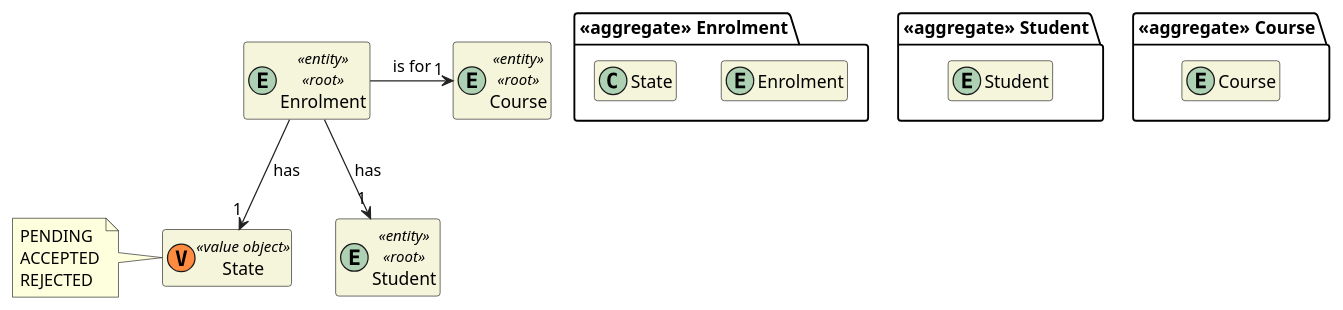
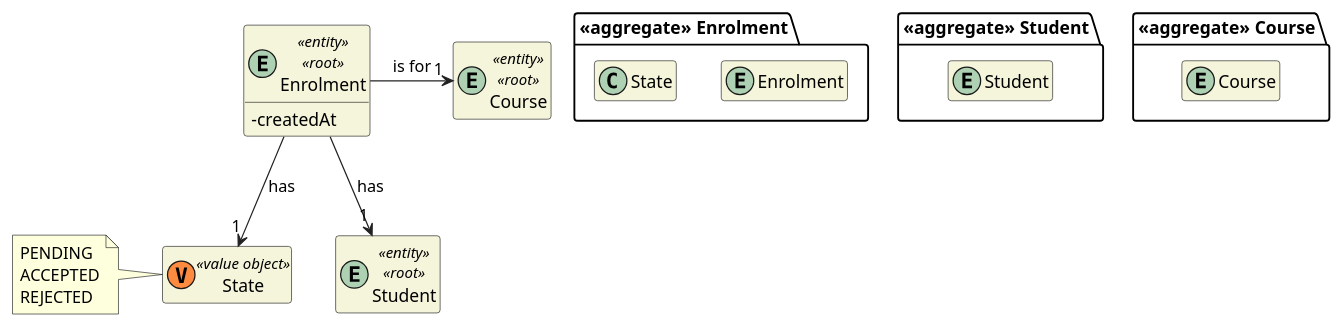
The diagram in docs/DM/DM_Enrolment.puml (miseEnPlace-dev/lapr4), drawn with PlantUML before and after one commit.

```diff
--- a/docs/DM/DM_Enrolment.puml
+++ b/docs/DM/DM_Enrolment.puml
@@ -1,48 +1,49 @@
 @startuml DM-ENROLMENT
 'https://plantuml.com/class-diagram
 
 skinparam classAttributeIconSize 0
 hide empty attributes
 hide empty methods
 skinparam classBackgroundColor beige
 skinparam ArrowColor #222222
 
 package "<<aggregate>> Enrolment" {
     entity Enrolment
     
     class State
 }
 
 
 entity Enrolment <<entity>> <<root>> {
+  - createdAt
 }
 
 package "<<aggregate>> Student" {
   entity Student
 }
 
 
 entity Student <<entity>> <<root>> {
 }
 
 package "<<aggregate>> Course" {
   entity Course
 }
 
 
 entity Course <<entity>> <<root>> {
 }
 
 class State <<(V,#FF8B40) value object>> {}
 note left of State
   PENDING
   ACCEPTED
   REJECTED
 end note
 
 Enrolment --> "1" State : has
 
 Enrolment --> "1" Student : has
 Enrolment -> "1" Course : is for
 
 @enduml
```
